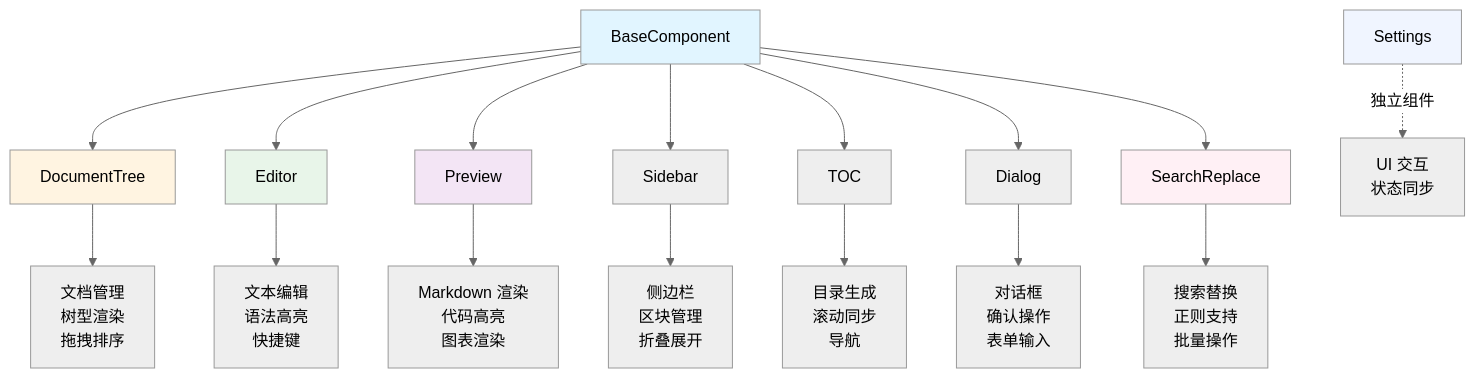
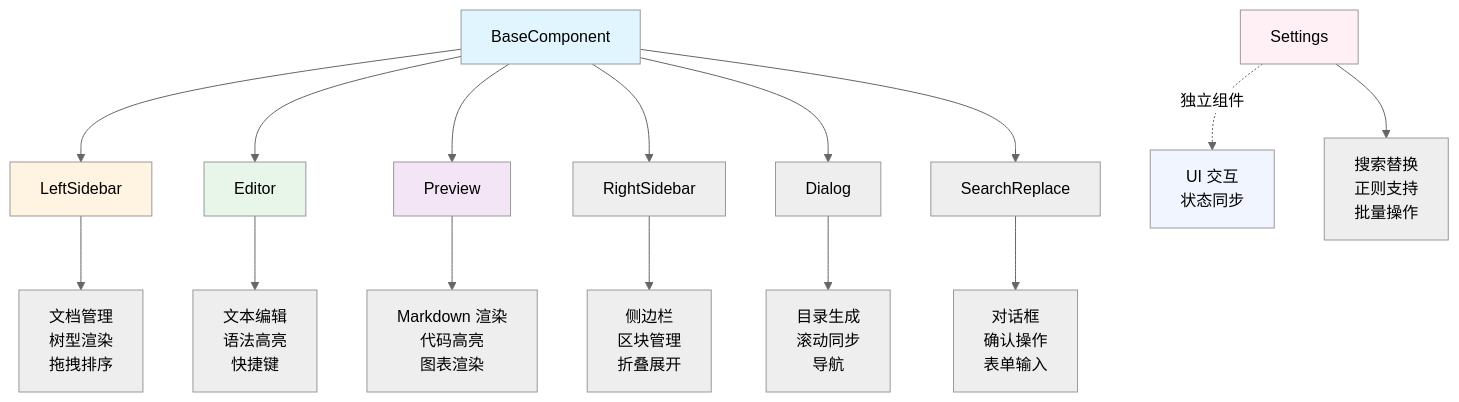
One commit to ZCShou/markdown changed the fifth of 15 diagrams in docs/arch.md. Above: the diagram before and after it, drawn with Mermaid (neutral theme). The commit also changed other lines of this file and 8 other files, not shown here.

Commit message:
refactor: merge sidebar and document tree components into left/right sidebars

````diff
--- a/docs/arch.md
+++ b/docs/arch.md
@@ -1114,27 +1111,26 @@
 ```mermaid
 graph TD
-    A[BaseComponent] --> B[DocumentTree]
+    A[BaseComponent] --> B[LeftSidebar]
     A --> C[Editor]
     A --> D[Preview]
-    A --> E[Sidebar]
-    A --> F[TOC]
-    A --> G[Dialog]
-    A --> H[SearchReplace]
+    A --> E[RightSidebar]
+    A --> F[Dialog]
+    A --> G[SearchReplace]
     
-    I[Settings] -.独立组件.-> J[UI 交互<br/>状态同步]
+    H[Settings] -.独立组件.-> I[UI 交互<br/>状态同步]
     
-    B --> K[文档管理<br/>树型渲染<br/>拖拽排序]
-    C --> L[文本编辑<br/>语法高亮<br/>快捷键]
-    D --> M[Markdown 渲染<br/>代码高亮<br/>图表渲染]
+    B --> J[文档管理<br/>树型渲染<br/>拖拽排序]
+    C --> K[文本编辑<br/>语法高亮<br/>快捷键]
+    D --> L[Markdown 渲染<br/>代码高亮<br/>图表渲染]
     E --> N[侧边栏<br/>区块管理<br/>折叠展开]
     F --> O[目录生成<br/>滚动同步<br/>导航]
     G --> P[对话框<br/>确认操作<br/>表单输入]
     H --> Q[搜索替换<br/>正则支持<br/>批量操作]
     
     style A fill:#e1f5ff
     style B fill:#fff4e1
     style C fill:#e8f5e9
     style D fill:#f3e5f5
     style H fill:#fff0f5
     style I fill:#f0f5ff
 ```
````
